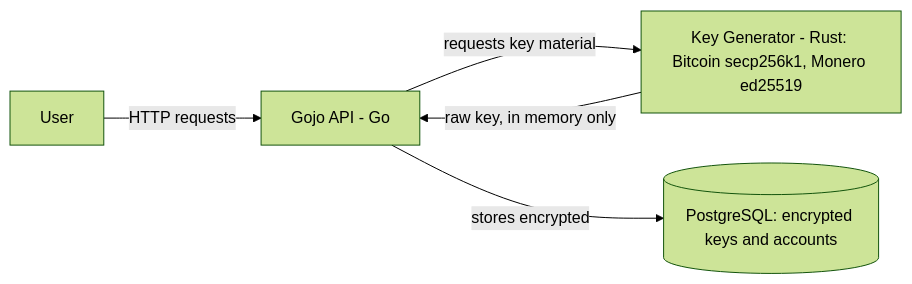
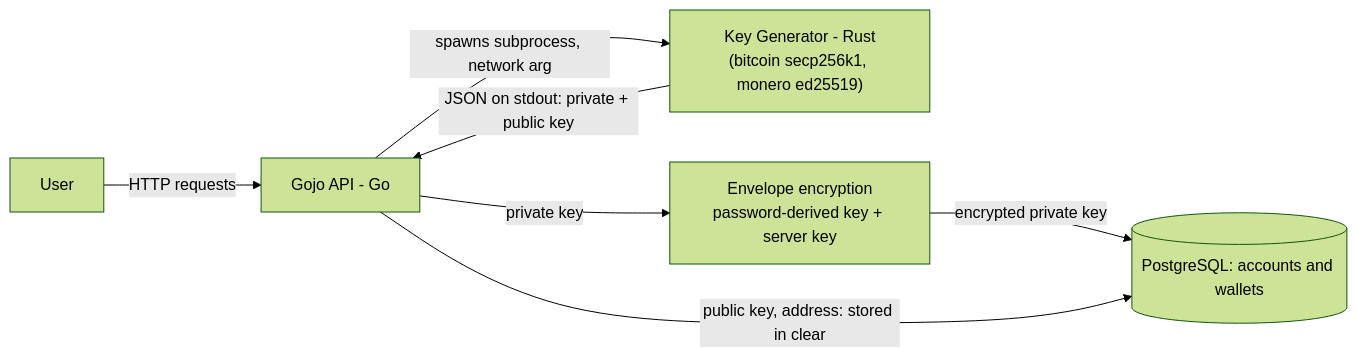
The diagram in api/docs/architecture-context.md (0x11semprez/gojo), drawn with Mermaid (forest theme) before and after one commit. The commit also changed other lines of this file, not shown here.

Commit message:
docs: expand the architecture diagram with envelope encryption
Same single end-to-end schema, now showing that private keys go
through envelope encryption before reaching Postgres while public
keys/addresses are stored in clear, and linking to the two new docs
that go deeper on each part.

````diff
--- a/api/docs/architecture-context.md
+++ b/api/docs/architecture-context.md
@@ -1,19 +1,25 @@
 ```mermaid
 flowchart LR
 
 User[User]
 
 API[Gojo API - Go]
 
-Generator[Key Generator - Rust: Bitcoin secp256k1, Monero ed25519]
+Generator["Key Generator - Rust\n(bitcoin secp256k1, monero ed25519)"]
 
-DB[(PostgreSQL: encrypted keys and accounts)]
+Vault["Envelope encryption\npassword-derived key + server key"]
+
+DB[(PostgreSQL: accounts and wallets)]
 
 User -->|HTTP requests| API
 
-API -->|requests key material| Generator
+API -->|spawns subprocess, network arg| Generator
 
-Generator -->|raw key, in memory only| API
+Generator -->|JSON on stdout: private + public key| API
 
-API -->|stores encrypted| DB
+API -->|private key| Vault
+
+Vault -->|encrypted private key| DB
+
+API -->|public key, address: stored in clear| DB
 ```
````
